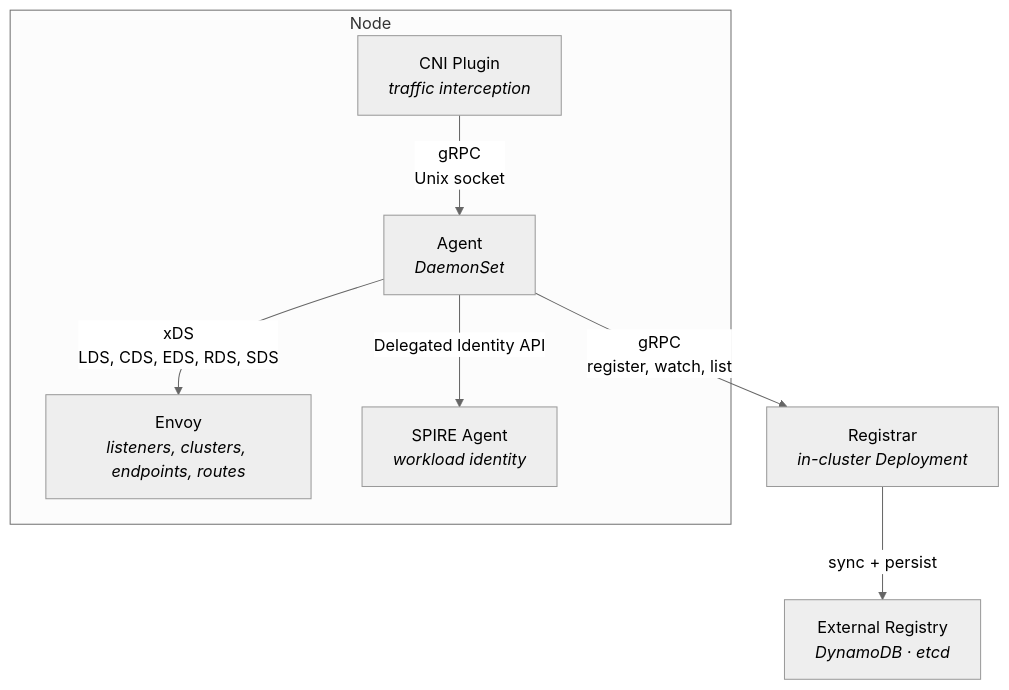
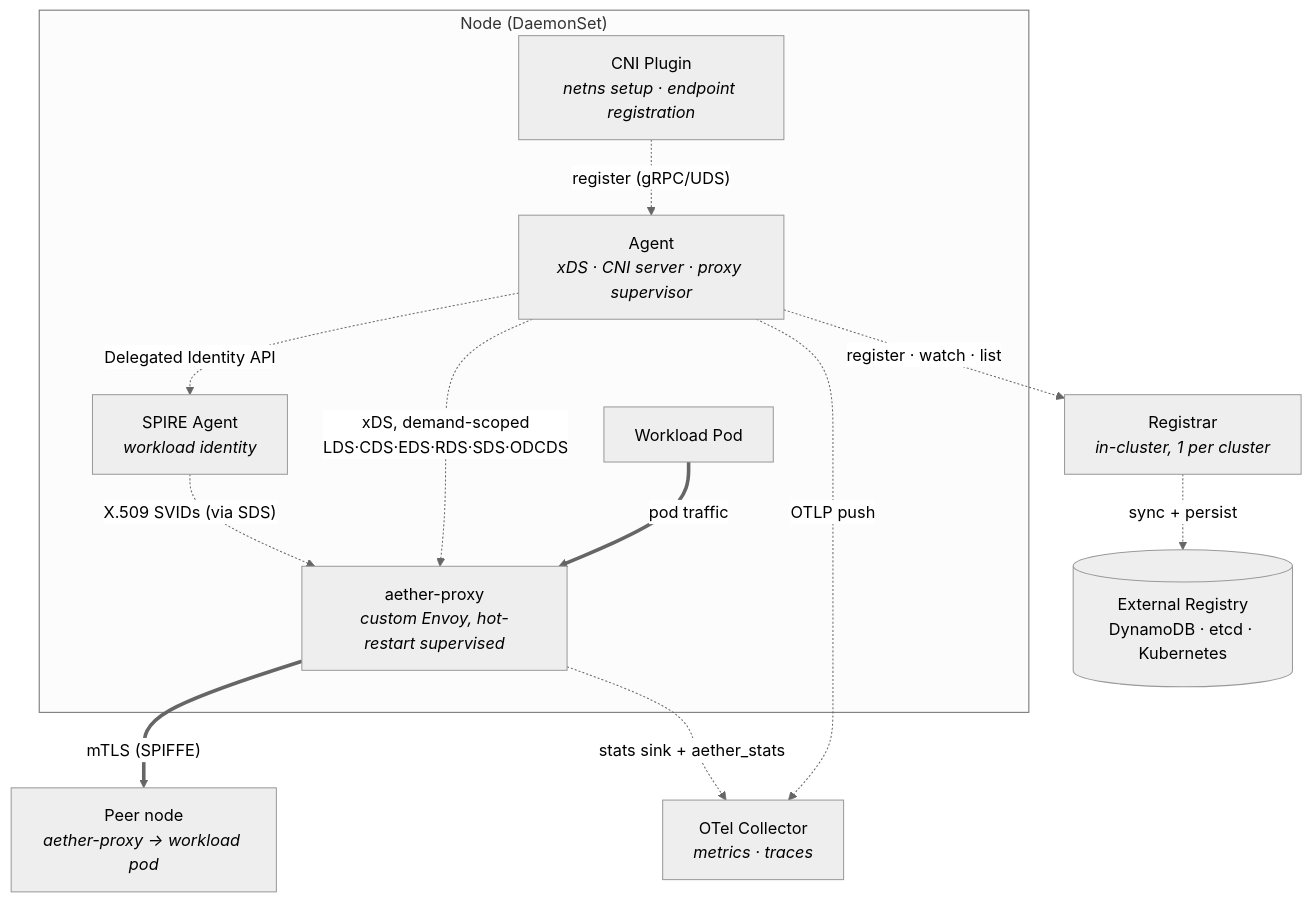
One commit to bpalermo/aether changed the diagram in README.md. Above: the diagram before and after it, drawn with Mermaid (neutral theme). The commit also changed other lines of this file, not shown here.

Commit message:
docs: update README to reflect current data-plane architecture
Bring the README and architecture diagram in line with the implementation:

- Custom Envoy (aether-proxy) built in a sibling Bazel workspace, with the
  compiled-in aether_stats C++ extension and hot-restart supervision.
- Demand-scoped xDS (aether.io/upstreams + ODCDS); retires fleet-wide CDS and
  client-side active health checking.
- Kubernetes registry backend; etcd Watch streaming.
- Push-first OpenTelemetry metrics and traces.
- Correct the CNI description: it sets up pod network namespaces and registers
  endpoints, it does not intercept traffic.
- Diagram now shows the data path (pod traffic + cross-node mTLS) and the
  SPIRE->SDS identity loop, with solid (data) vs dashed (control/telemetry)
  edges.

````diff
--- a/README.md
+++ b/README.md
@@ -7,19 +9,29 @@
 ```mermaid
 graph TD
-    subgraph Node
-        CNI["CNI Plugin<br/><i>traffic interception</i>"]
-        Agent["Agent<br/><i>DaemonSet</i>"]
-        Envoy["Envoy<br/><i>listeners, clusters, endpoints, routes</i>"]
+    subgraph node["Node (DaemonSet)"]
+        Pod["Workload Pod"]
+        CNI["CNI Plugin<br/><i>netns setup · endpoint registration</i>"]
+        Agent["Agent<br/><i>xDS · CNI server · proxy supervisor</i>"]
+        Proxy["aether-proxy<br/><i>custom Envoy, hot-restart supervised</i>"]
         SPIRE["SPIRE Agent<br/><i>workload identity</i>"]
 
-        CNI -- "gRPC<br/>Unix socket" --> Agent
-        Agent -- "xDS<br/>LDS, CDS, EDS, RDS, SDS" --> Envoy
-        Agent -- "Delegated Identity API" --> SPIRE
+        Pod == "pod traffic" ==> Proxy
+        CNI -. "register (gRPC/UDS)" .-> Agent
+        Agent -. "xDS, demand-scoped<br/>LDS·CDS·EDS·RDS·SDS·ODCDS" .-> Proxy
+        Agent -. "Delegated Identity API" .-> SPIRE
+        SPIRE -. "X.509 SVIDs (via SDS)" .-> Proxy
     end
 
-    Registrar["Registrar<br/><i>in-cluster Deployment</i>"]
-    Agent -- "gRPC<br/>register, watch, list" --> Registrar
+    Peer["Peer node<br/><i>aether-proxy → workload pod</i>"]
+    Proxy == "mTLS (SPIFFE)" ==> Peer
 
-    Registry["External Registry<br/><i>DynamoDB · etcd</i>"]
-    Registrar -- "sync + persist" --> Registry
+    Registrar["Registrar<br/><i>in-cluster, 1 per cluster</i>"]
+    Agent -. "register · watch · list" .-> Registrar
+
+    Registry[("External Registry<br/>DynamoDB · etcd · Kubernetes")]
+    Registrar -. "sync + persist" .-> Registry
+
+    OTel["OTel Collector<br/><i>metrics · traces</i>"]
+    Agent -. "OTLP push" .-> OTel
+    Proxy -. "stats sink + aether_stats" .-> OTel
 ```
````
